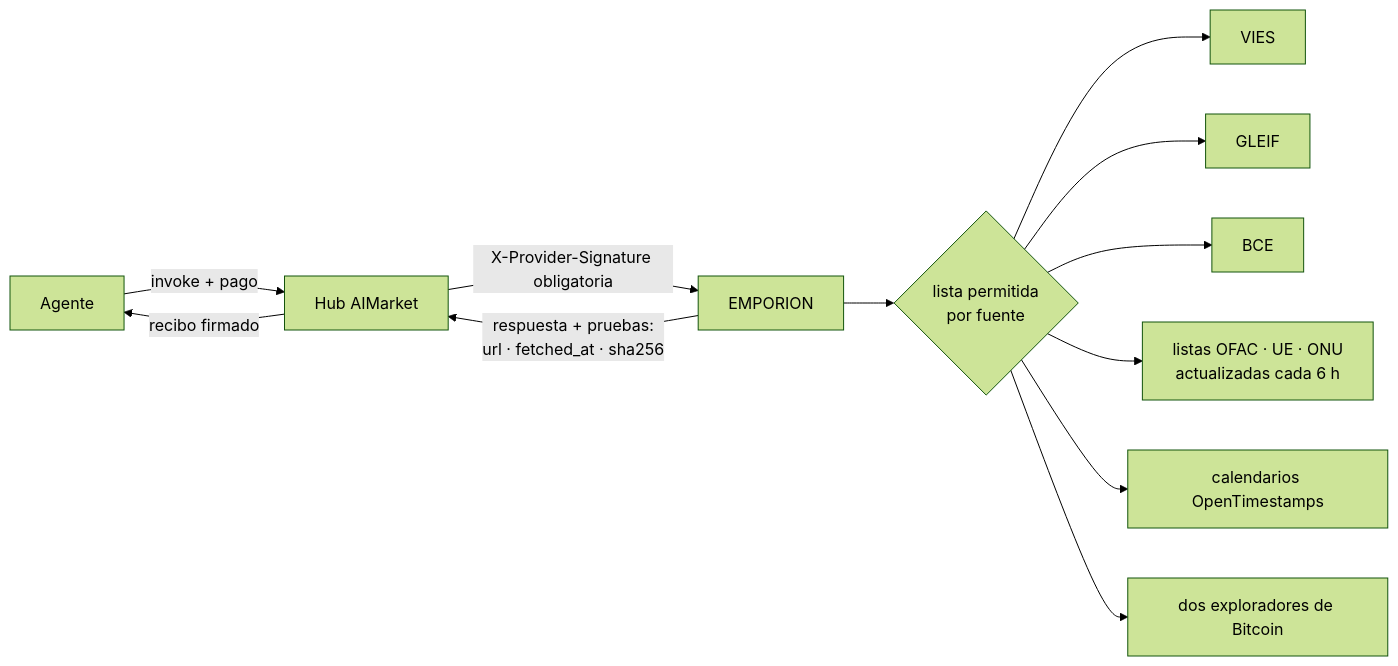
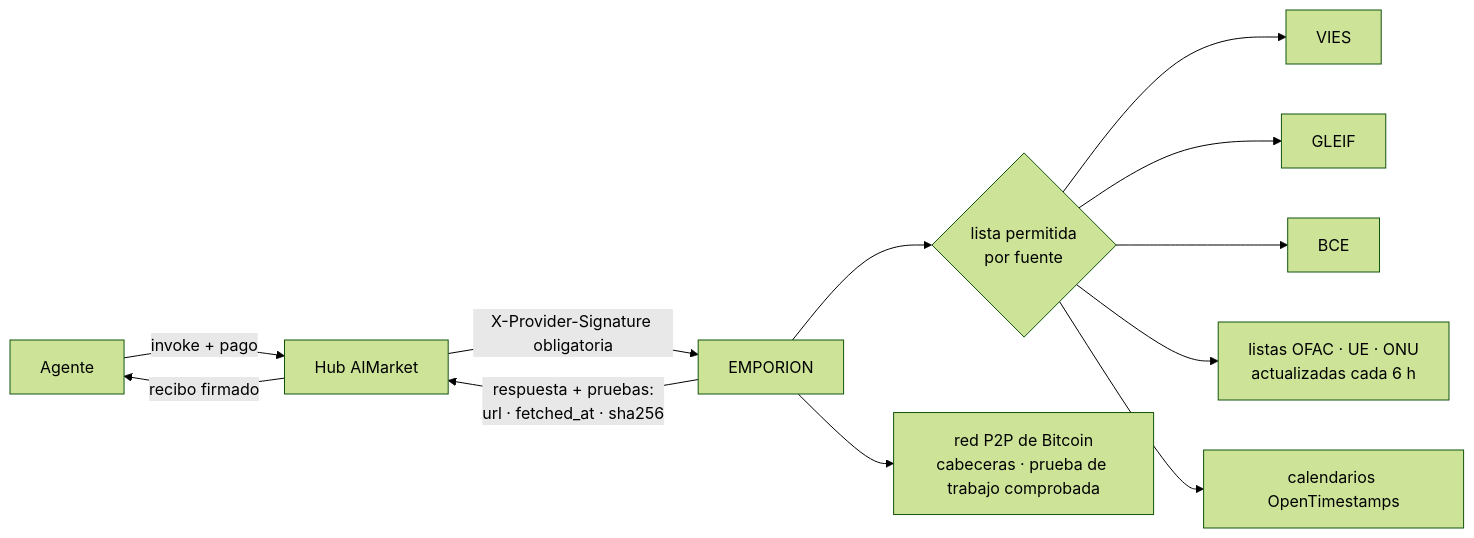
One commit to alexar76/emporion changed the first of 3 diagrams in README.es.md. Above: the diagram before and after it, drawn with Mermaid (forest theme). The commit also changed other lines of this file and 26 other files, not shown here.

````diff
--- a/README.es.md
+++ b/README.es.md
@@ -58,14 +58,14 @@
 ```mermaid
 flowchart LR
     A[Agente] -->|invoke + pago| H[Hub AIMarket]
     H -->|X-Provider-Signature obligatoria| E[EMPORION]
     E --> N{lista permitida<br/>por fuente}
     N --> V[VIES]
     N --> G[GLEIF]
     N --> C[BCE]
     N --> S[listas OFAC · UE · ONU<br/>actualizadas cada 6 h]
     N --> O[calendarios OpenTimestamps]
-    N --> X[dos exploradores de Bitcoin]
+    E --> X[red P2P de Bitcoin<br/>cabeceras · prueba de trabajo comprobada]
     E -->|respuesta + pruebas:<br/>url · fetched_at · sha256| H
     H -->|recibo firmado| A
 ```
````
